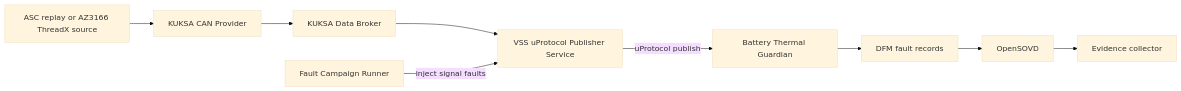
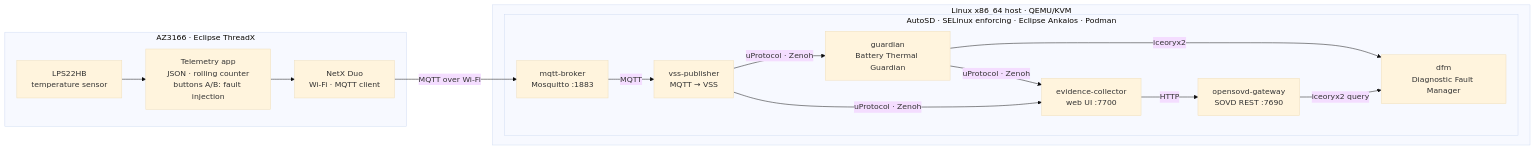
Before and after one commit to Eclipse-SDV-Hackathon-Chapter-Four/FEVengers_Hackathon_2026: the diagram in README.md, drawn with Mermaid (base theme). The commit also changed other lines of this file and 1 other file, not shown here.

````diff
--- a/README.md
+++ b/README.md
@@ -31,14 +69,19 @@
 ```mermaid
 flowchart LR
-  SRC[ASC replay or AZ3166 ThreadX source] --> CANP[KUKSA CAN Provider]
-  CANP --> KDB[KUKSA Data Broker]
-  KDB --> VSSUP[VSS uProtocol Publisher Service]
-  VSSUP -->|uProtocol publish| G[Battery Thermal Guardian]
-
-  FI[Fault Campaign Runner] -->|inject signal faults| VSSUP
-
-  G --> DFM[DFM fault records]
-  DFM --> SOVD[OpenSOVD]
-
-  SOVD --> EV[Evidence collector]
+  subgraph EDGE["AZ3166 · Eclipse ThreadX"]
+    S[LPS22HB<br/>temperature sensor] --> T[Telemetry app<br/>JSON · rolling counter<br/>buttons A/B: fault injection]
+    T --> N[NetX Duo<br/>Wi-Fi · MQTT client]
+  end
+  subgraph HOST["Linux x86_64 host · QEMU/KVM"]
+    subgraph AUTOSD["AutoSD · SELinux enforcing · Eclipse Ankaios · Podman"]
+      MB[mqtt-broker<br/>Mosquitto :1883] -->|MQTT| VP[vss-publisher<br/>MQTT → VSS]
+      VP -->|uProtocol · Zenoh| G[guardian<br/>Battery Thermal Guardian]
+      G -->|iceoryx2| DFM[dfm<br/>Diagnostic Fault Manager]
+      GW[opensovd-gateway<br/>SOVD REST :7690] -->|iceoryx2 query| DFM
+      VP -->|uProtocol · Zenoh| EC[evidence-collector<br/>web UI :7700]
+      G -->|uProtocol · Zenoh| EC
+      EC -->|HTTP| GW
+    end
+  end
+  N -->|MQTT over Wi-Fi| MB
 ```
````
